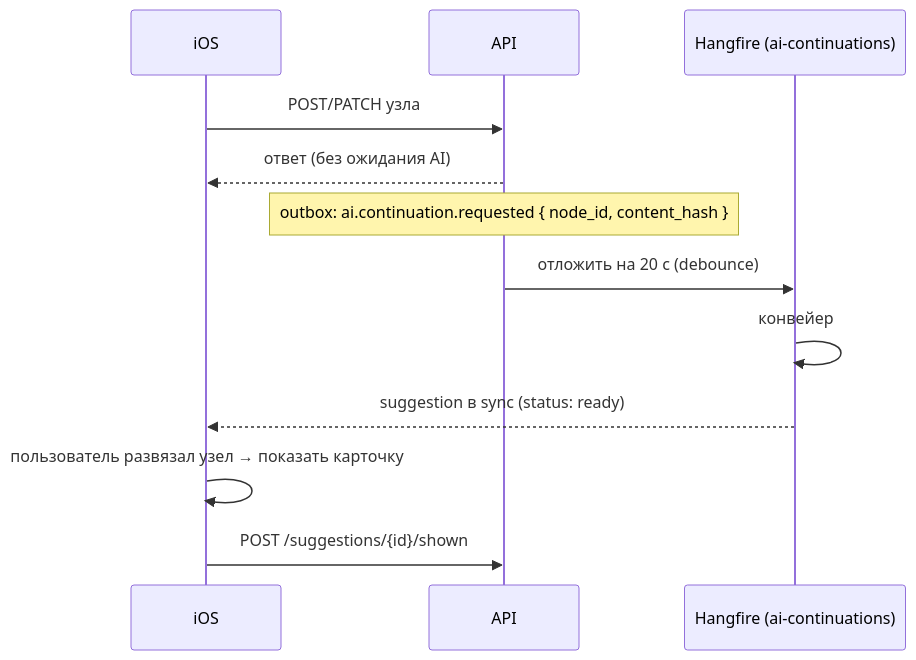
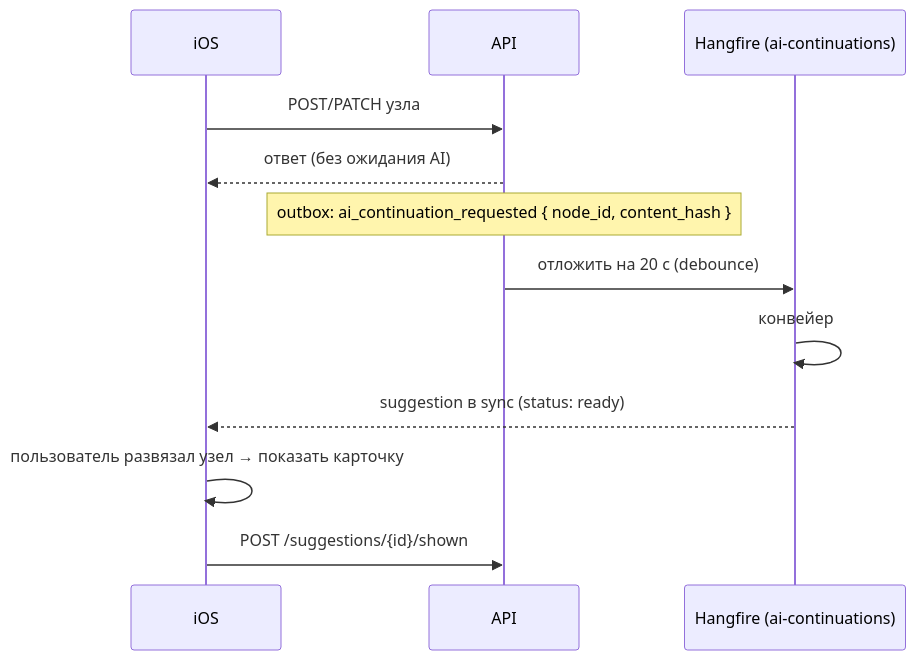
Before and after one commit to petriashvili-dev/nodus-backend: the diagram in docs/08-ai-continuations.md, drawn with Mermaid. The commit also changed 28 other files, not shown here.

````diff
--- a/docs/08-ai-continuations.md
+++ b/docs/08-ai-continuations.md
@@ -9,14 +9,14 @@
 ```mermaid
 sequenceDiagram
     participant C as iOS
     participant S as API
     participant H as Hangfire (ai-continuations)
     C->>S: POST/PATCH узла
     S-->>C: ответ (без ожидания AI)
-    Note over S: outbox: ai.continuation.requested { node_id, content_hash }
+    Note over S: outbox: ai_continuation_requested { node_id, content_hash }
     S->>H: отложить на 20 с (debounce)
     H->>H: конвейер
     H-->>C: suggestion в sync (status: ready)
     C->>C: пользователь развязал узел → показать карточку
     C->>S: POST /suggestions/{id}/shown
 ```
````
